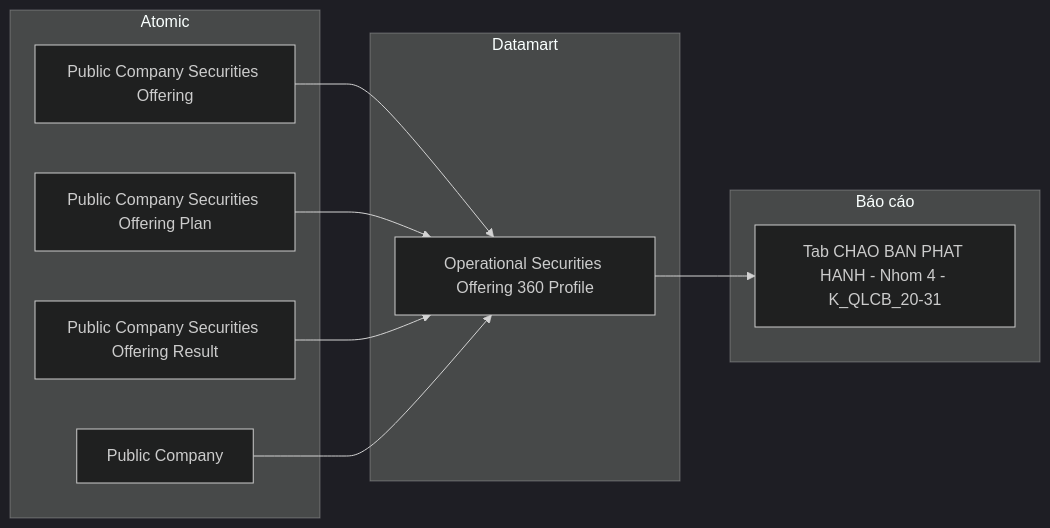
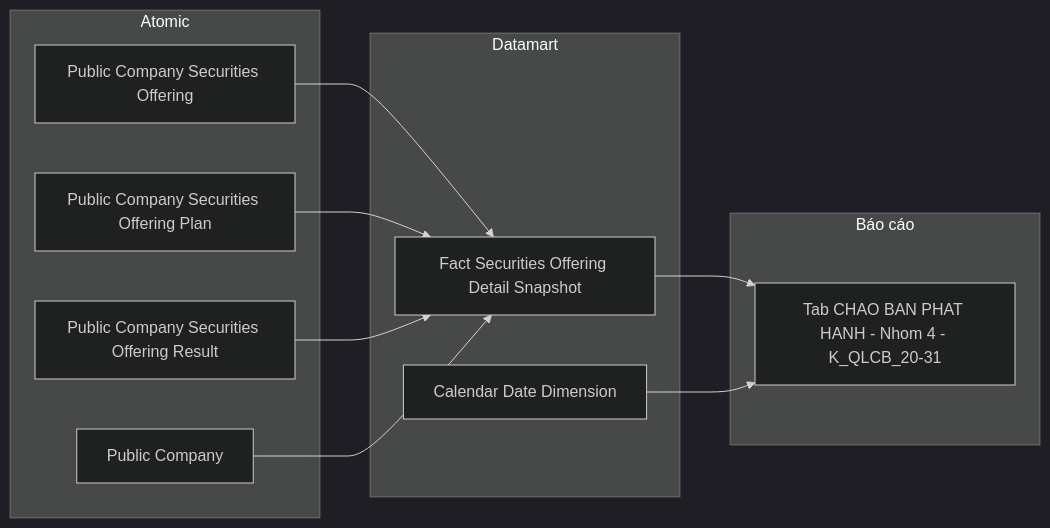
Before and after one commit to linhlvit/ubck_atomic_design: diagram 14 of 23 in Datamart/hld/DTM_QLCB_HLD.md, drawn with Mermaid (dark theme). The commit also changed other lines of this file and 15 other files, not shown here.

Commit message:
feat(qlcb): dong bo thiet ke QLCB theo code dbt dev dot 1 (O_QLCB_28) — them fct_securities_offering_detail_snpst cho Nhom 4, cap nhat 3 Fact Offering/Plan/Result, offering_method_dim va dong bo HLD, LLD, flat table, model, kpi_index

````diff
--- a/Datamart/hld/DTM_QLCB_HLD.md
+++ b/Datamart/hld/DTM_QLCB_HLD.md
@@ -738,20 +800,22 @@
 ```mermaid
 flowchart LR
     subgraph SIL["Atomic"]
         SV1["Public Company Securities Offering"]
         SV1c["Public Company Securities Offering Plan"]
         SV1b["Public Company Securities Offering Result"]
         SV2["Public Company"]
     end
     subgraph Datamart["Datamart"]
-        G1["Operational Securities Offering 360 Profile"]
+        G1["Fact Securities Offering Detail Snapshot"]
+        G2["Calendar Date Dimension"]
     end
     subgraph RPT["Báo cáo"]
         R4["Tab CHAO BAN PHAT HANH - Nhom 4 - K_QLCB_20-31"]
     end
     SV1 --> G1
     SV1c --> G1
     SV1b --> G1
     SV2 --> G1
     G1 --> R4
+    G2 --> R4
 ```
````
